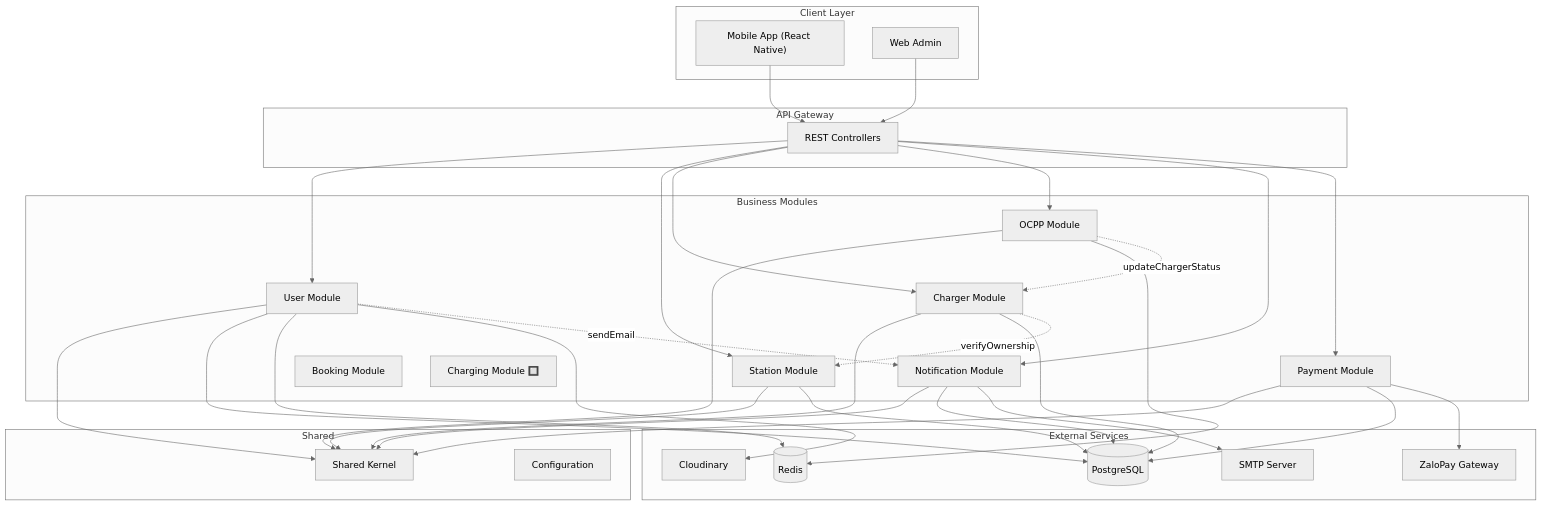
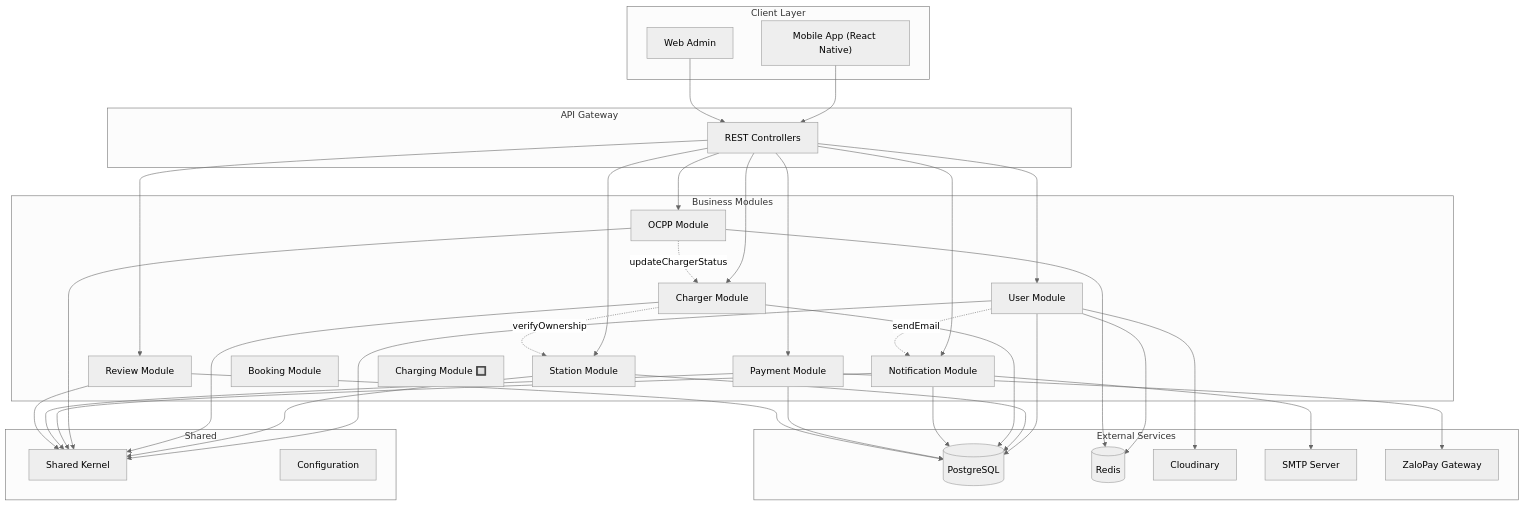
The first of 2 diagrams in evgo/docs/backend-features-overview.md (Sherllgen/DATN), drawn with Mermaid (neutral theme) before and after one commit. The commit also changed other lines of this file and 16 other files, not shown here.

````diff
--- a/evgo/docs/backend-features-overview.md
+++ b/evgo/docs/backend-features-overview.md
@@ -27,67 +27,71 @@
 ```mermaid
 flowchart TB
     subgraph Client["Client Layer"]
         Mobile["Mobile App (React Native)"]
         Web["Web Admin"]
     end
 
     subgraph API["API Gateway"]
         Controller["REST Controllers"]
     end
 
     subgraph Modules["Business Modules"]
         User["User Module"]
         Station["Station Module"]
         Charger["Charger Module"]
         OCPP["OCPP Module"]
         Notification["Notification Module"]
         Payment["Payment Module"]
         Booking["Booking Module"]
+        Review["Review Module"]
         Charging["Charging Module 🔲"]
     end
 
     subgraph Shared["Shared"]
         SK["Shared Kernel"]
         Config["Configuration"]
     end
 
     subgraph External["External Services"]
         DB[(PostgreSQL)]
         Redis[(Redis)]
         Cloudinary["Cloudinary"]
         Email["SMTP Server"]
         ZaloPay["ZaloPay Gateway"]
     end
 
     Mobile --> Controller
     Web --> Controller
     Controller --> User
     Controller --> Station
     Controller --> Charger
     Controller --> OCPP
     Controller --> Notification
     Controller --> Payment
+    Controller --> Review
 
     User --> SK
     Station --> SK
     Charger --> SK
     OCPP --> SK
     Notification --> SK
     Payment --> SK
+    Review --> SK
 
     User --> DB
     Station --> DB
     Charger --> DB
     Notification --> DB
     Payment --> DB
+    Review --> DB
 
     User --> Redis
     OCPP --> Redis
     User --> Cloudinary
     Notification --> Email
     Payment --> ZaloPay
 
     Charger -.->|verifyOwnership| Station
     User -.->|sendEmail| Notification
     OCPP -.->|updateChargerStatus| Charger
 ```
````
